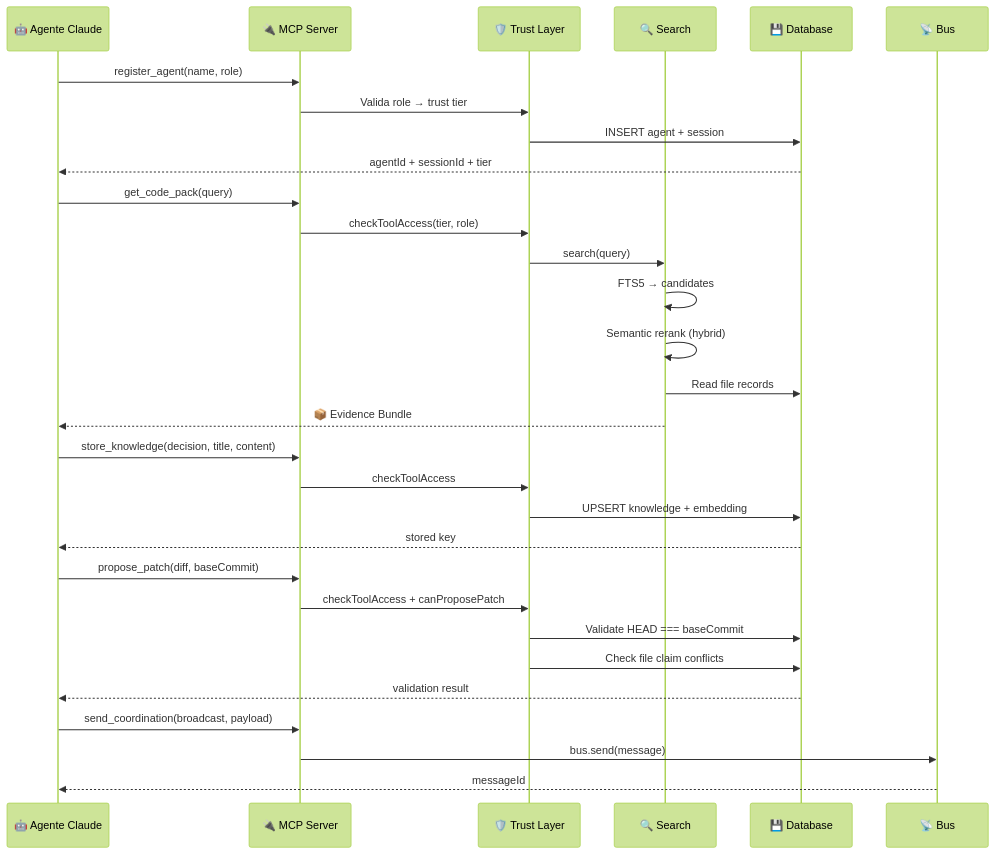
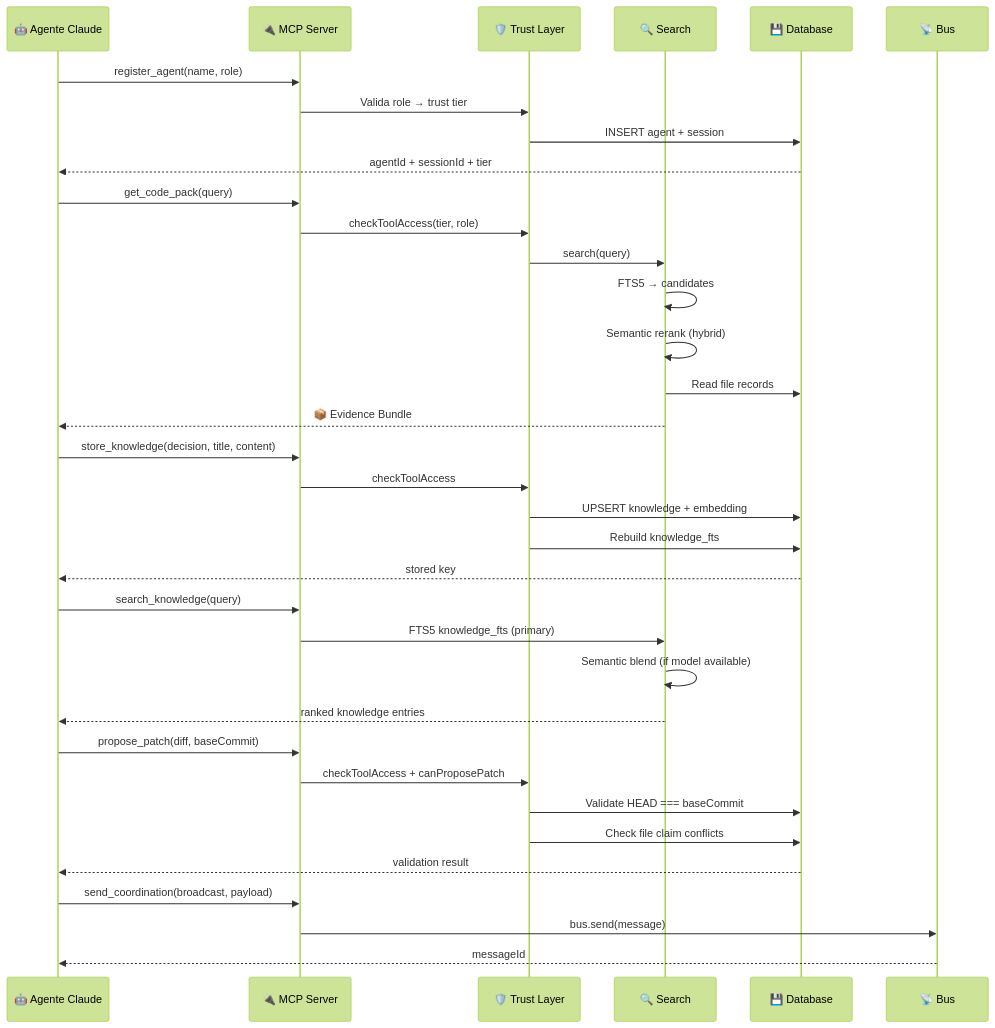
Before and after one commit to xpm-cmd/Monsthera: the second of 4 diagrams in docs/architecture.md, drawn with Mermaid (forest theme). The commit also changed other lines of this file and 8 other files, not shown here.

First line of the commit message:
fix: knowledge FTS5 search + code search quality improvements

````diff
--- a/docs/architecture.md
+++ b/docs/architecture.md
@@ -129,37 +131,43 @@
 ```mermaid
 sequenceDiagram
     participant A as 🤖 Agente Claude
     participant M as 🔌 MCP Server
     participant T as 🛡️ Trust Layer
     participant S as 🔍 Search
     participant D as 💾 Database
     participant B as 📡 Bus
 
     A->>M: register_agent(name, role)
     M->>T: Valida role → trust tier
     T->>D: INSERT agent + session
     D-->>A: agentId + sessionId + tier
 
     A->>M: get_code_pack(query)
     M->>T: checkToolAccess(tier, role)
     T->>S: search(query)
     S->>S: FTS5 → candidates
     S->>S: Semantic rerank (hybrid)
     S->>D: Read file records
     S-->>A: 📦 Evidence Bundle
 
     A->>M: store_knowledge(decision, title, content)
     M->>T: checkToolAccess
     T->>D: UPSERT knowledge + embedding
+    T->>D: Rebuild knowledge_fts
     D-->>A: stored key
+
+    A->>M: search_knowledge(query)
+    M->>S: FTS5 knowledge_fts (primary)
+    S->>S: Semantic blend (if model available)
+    S-->>A: ranked knowledge entries
 
     A->>M: propose_patch(diff, baseCommit)
     M->>T: checkToolAccess + canProposePatch
     T->>D: Validate HEAD === baseCommit
     T->>D: Check file claim conflicts
     D-->>A: validation result
 
     A->>M: send_coordination(broadcast, payload)
     M->>B: bus.send(message)
     B-->>A: messageId
 ```
````
